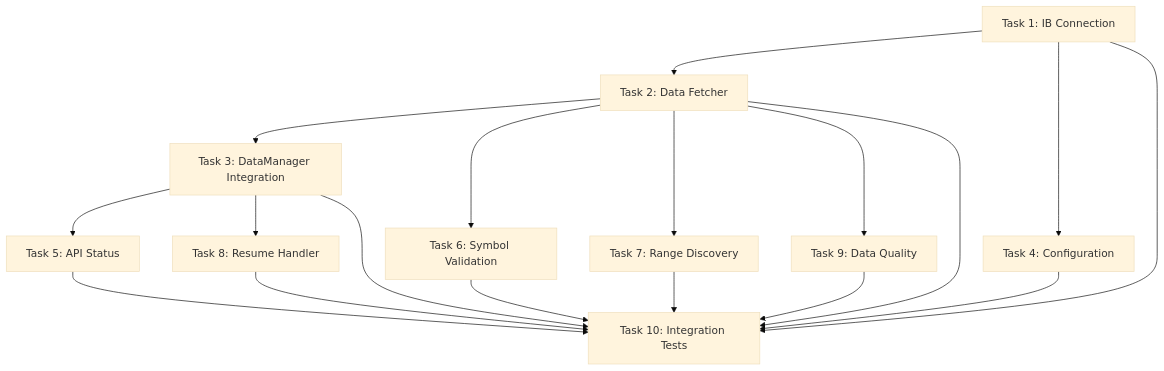
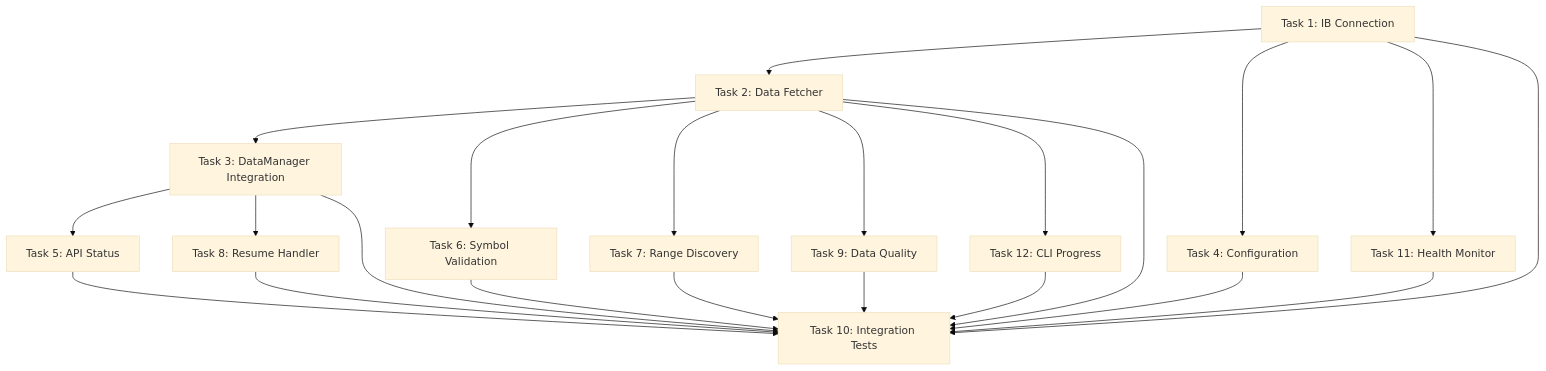
Before and after one commit to kpiteira/ktrdr: the diagram in specification/v3_slice1_tasks.md, drawn with Mermaid (base theme). The commit also changed other lines of this file and 3 other files, not shown here.

````diff
--- a/specification/v3_slice1_tasks.md
+++ b/specification/v3_slice1_tasks.md
@@ -213,20 +258,24 @@
 ```mermaid
 graph TD
     T1[Task 1: IB Connection] --> T2[Task 2: Data Fetcher]
     T1 --> T4[Task 4: Configuration]
     T2 --> T3[Task 3: DataManager Integration]
     T2 --> T6[Task 6: Symbol Validation]
     T2 --> T7[Task 7: Range Discovery]
     T3 --> T5[Task 5: API Status]
     T3 --> T8[Task 8: Resume Handler]
     T2 --> T9[Task 9: Data Quality]
+    T1 --> T11[Task 11: Health Monitor]
+    T2 --> T12[Task 12: CLI Progress]
     T1 --> T10[Task 10: Integration Tests]
     T2 --> T10
     T3 --> T10
     T4 --> T10
     T5 --> T10
     T6 --> T10
     T7 --> T10
     T8 --> T10
     T9 --> T10
+    T11 --> T10
+    T12 --> T10
 ```
````
